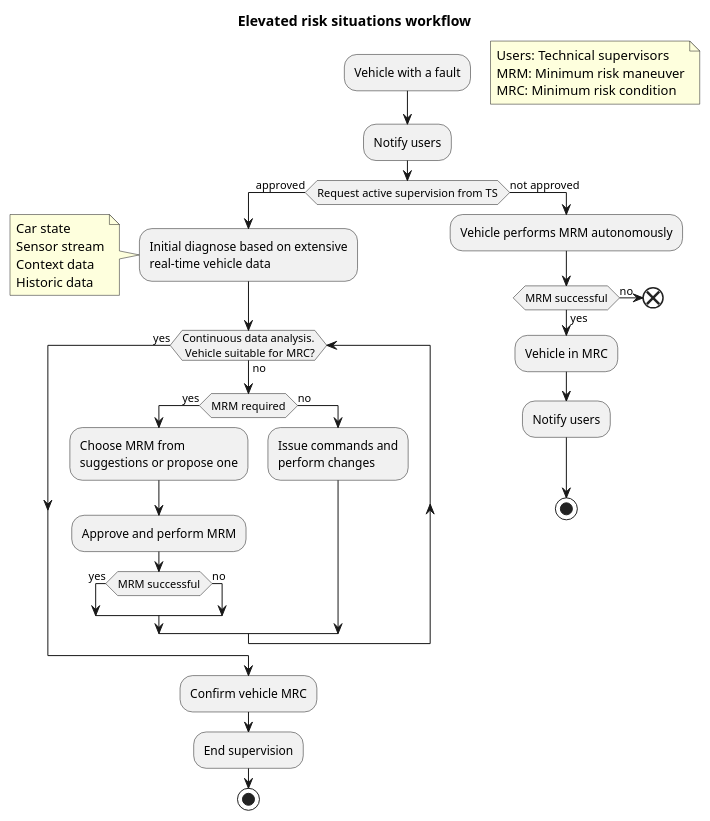
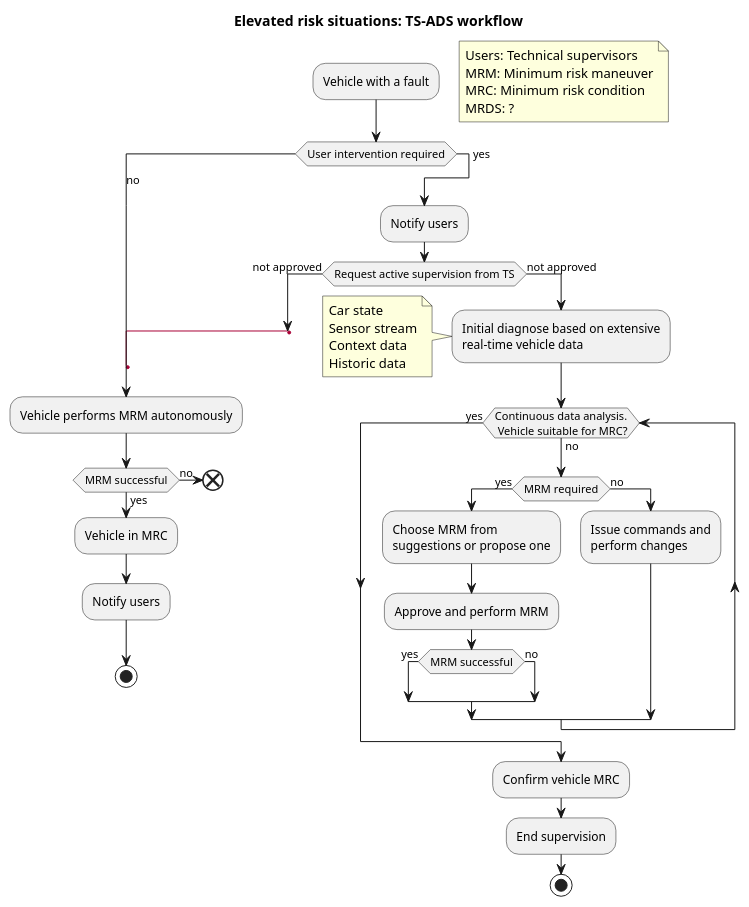
One commit to bruno-motorai/uml changed the diagram in vehicles/elevated_risk_situation.pu. Above: the diagram before and after it, drawn with PlantUML. The commit also changed 3 other files, not shown here.

Commit message:
Add v2 of ERS diagram, Add car state diagram

```diff
--- a/vehicles/elevated_risk_situation.pu
+++ b/vehicles/elevated_risk_situation.pu
@@ -1,60 +1,77 @@
 @startuml "ADS fault"
+
 skinparam ConditionEndStyle hline
-title Elevated risk situations workflow
-
+title Elevated risk situations: TS-ADS workflow
 
 :Vehicle with a fault;
 
 floating note right
-Users: Technical supervisors
-MRM: Minimum risk maneuver
-MRC: Minimum risk condition
+    Users: Technical supervisors
+    MRM: Minimum risk maneuver
+    MRC: Minimum risk condition
+    MRDS: ?
 end note
 
-:Notify users;
+switch (User intervention required)
 
-if (Request active supervision from TS) equals (approved) then
+case (no)
+    label space_label_1
+    label space_label_2
+    label space_label_3
+    label space_label_5
+    label space_label_5
+    label autonomous_mrm
+    :Vehicle performs MRM autonomously;
 
-    :Initial diagnose based on extensive 
-    real-time vehicle data;
-    note left
-        Car state
-        Sensor stream
-        Context data
-        Historic data
-    end note
-
-    while(Continuous data analysis.\n Vehicle suitable for MRC?) is (no)
-        if (MRM required) equals (yes) then
-            :Choose MRM from 
-            suggestions or propose one;
-            :Approve and perform MRM;
-
-            if(MRM successful) equals (yes) then
-            else (no)
-            endif
-
-        else (no)
-            :Issue commands and
-            perform changes;
-        endif
-
-    endwhile (yes)
-
-    :Confirm vehicle MRC;
-    :End supervision;
-
-    stop
-    
-else (not approved)
-
-    :Vehicle performs MRM autonomously;
     if(MRM successful) equals (yes) then
         :Vehicle in MRC;
         :Notify users;
     else (no)
         end
     endif
     stop
-endif
+
+case (yes)
+    :Notify users;
+
+    if (Request active supervision from TS) equals (not approved) then
+        label not_approved
+        goto autonomous_mrm
+
+    else (not approved)
+
+        :Initial diagnose based on extensive
+        real-time vehicle data;
+        
+        note left
+            Car state
+            Sensor stream
+            Context data
+            Historic data
+        end note
+
+        while(Continuous data analysis.\n Vehicle suitable for MRC?) is (no)
+            if (MRM required) equals (yes) then
+                :Choose MRM from
+                suggestions or propose one;
+                :Approve and perform MRM;
+
+                if(MRM successful) equals (yes) then
+                else (no)
+                endif
+
+            else (no)
+                :Issue commands and
+                perform changes;
+            endif
+
+        endwhile (yes)
+
+        :Confirm vehicle MRC;
+        :End supervision;
+
+        stop
+    endif
+
+
 @enduml
```
